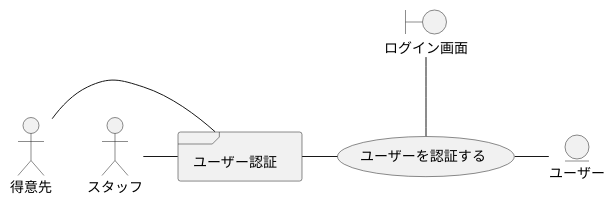
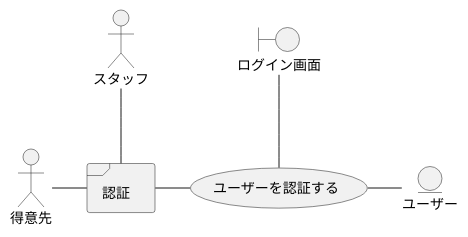
Before and after one commit to k2works/application_programing_excercise_2022: diagram 18 of 38 in docs/index.adoc, drawn with PlantUML. The commit also changed other lines of this file, not shown here.

Commit message:
docs: ユースケース複合図

```diff
--- a/docs/index.adoc
+++ b/docs/index.adoc
@@ -610,16 +639,16 @@
 [plantuml]
 ----
 @startuml
 actor "得意先" as ac_01
 actor "スタッフ" as ac_02
-frame "ユーザー認証" as f01
+frame "認証" as f01
 usecase "ユーザーを認証する" as UC1
 boundary "ログイン画面" as b01
 entity "ユーザー" as e01
 ac_01 - f01
-ac_02 - f01
+ac_02 -- f01
 f01 - UC1
 b01 -- UC1
 UC1 - e01
 @enduml
 ----
```
